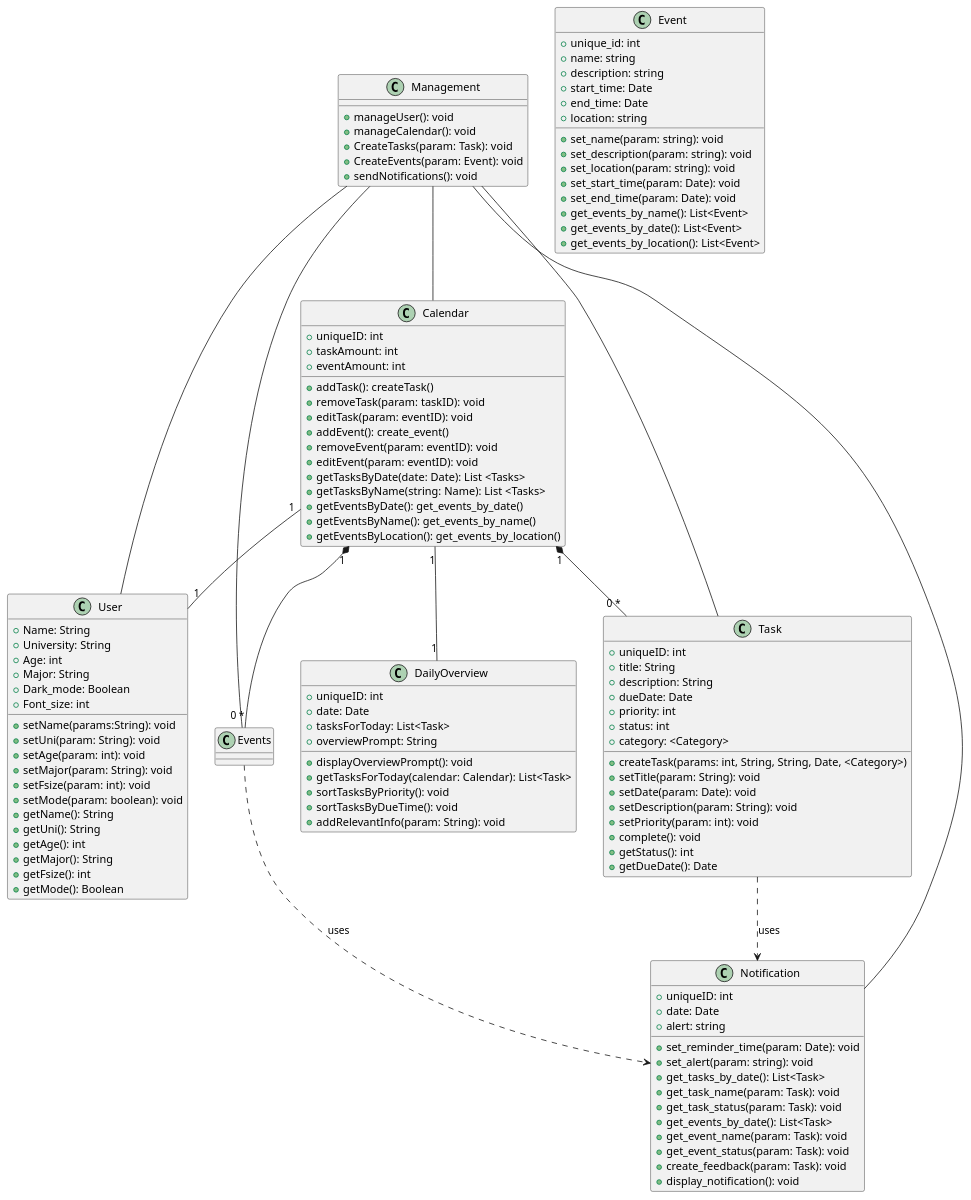
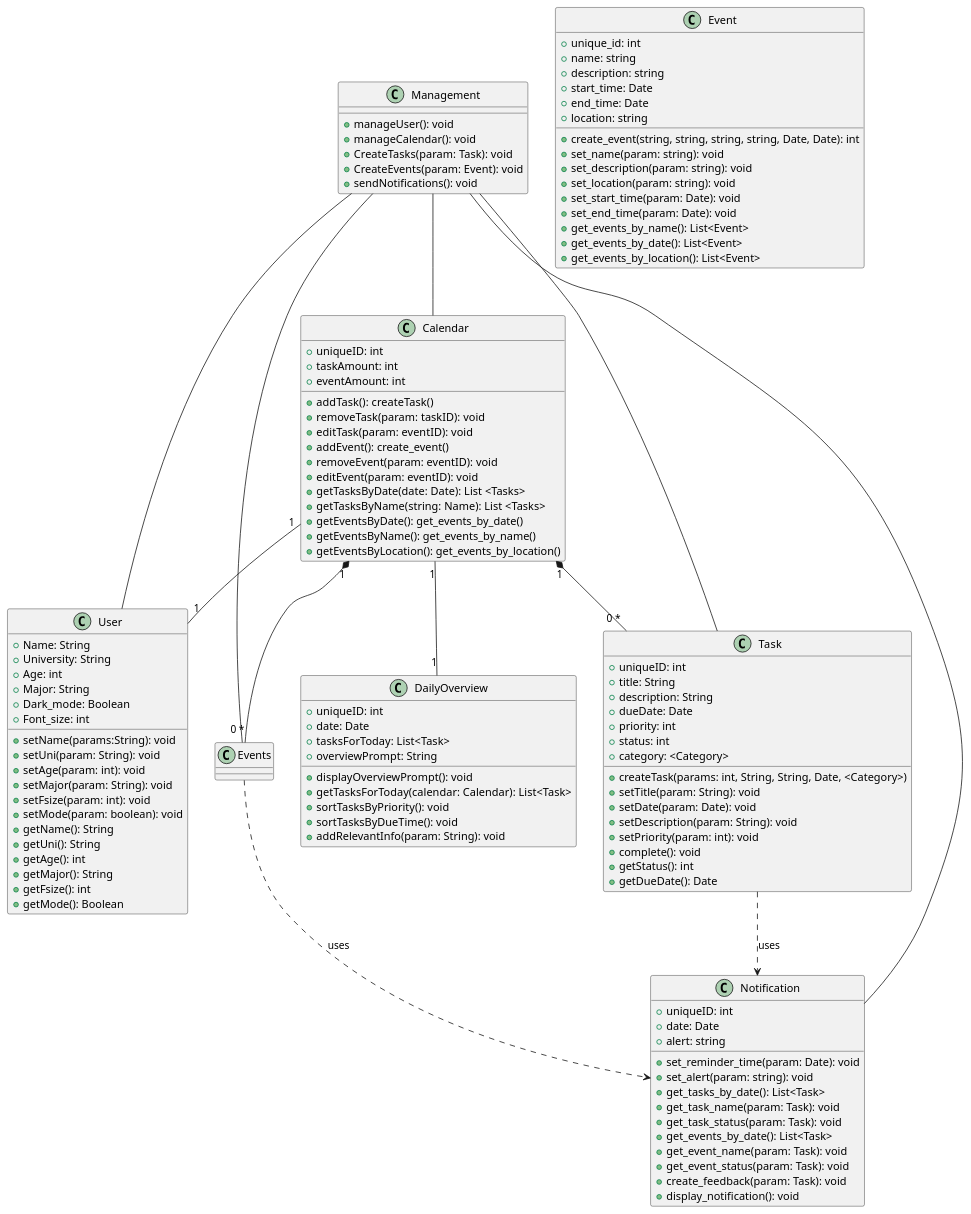
The diagram in assignment6/Diagram.puml (CS361-2024Fall-Term/Innovators), drawn with PlantUML before and after one commit.

```diff
--- a/assignment6/Diagram.puml
+++ b/assignment6/Diagram.puml
@@ -1,129 +1,130 @@
 @startuml
 
 class User {
   +Name: String
   +University: String
   +Age: int
   +Major: String
   +Dark_mode: Boolean
   +Font_size: int
   +setName(params:String): void
   +setUni(param: String): void
   +setAge(param: int): void
   +setMajor(param: String): void
   +setFsize(param: int): void
   +setMode(param: boolean): void
   +getName(): String
   +getUni(): String
   +getAge(): int
   +getMajor(): String
   +getFsize(): int
   +getMode(): Boolean
  
 }
 
 class Calendar {
   +uniqueID: int  
   +taskAmount: int
   +eventAmount: int
   +addTask(): createTask()
   +removeTask(param: taskID): void
   +editTask(param: eventID): void
   +addEvent(): create_event()
   +removeEvent(param: eventID): void
   +editEvent(param: eventID): void
   +getTasksByDate(date: Date): List <Tasks>
   +getTasksByName(string: Name): List <Tasks>
   +getEventsByDate(): get_events_by_date()
   +getEventsByName(): get_events_by_name()
   +getEventsByLocation(): get_events_by_location()
 }
 
 class Task {
   +uniqueID: int
   +title: String
   +description: String
   +dueDate: Date
   +priority: int
   +status: int
   +category: <Category>
   +createTask(params: int, String, String, Date, <Category>)
   +setTitle(param: String): void
   +setDate(param: Date): void
   +setDescription(param: String): void
   +setPriority(param: int): void
   +complete(): void
   +getStatus(): int
   +getDueDate(): Date
 }
 
 class Notification {
   +uniqueID: int  
   +date: Date
   +alert: string
   
   +set_reminder_time(param: Date): void
   +set_alert(param: string): void
   +get_tasks_by_date(): List<Task>
   +get_task_name(param: Task): void
   +get_task_status(param: Task): void
   +get_events_by_date(): List<Task>
   +get_event_name(param: Task): void
   +get_event_status(param: Task): void
   +create_feedback(param: Task): void
   +display_notification(): void
 }
 
 class Event {
   +unique_id: int  
   +name: string
   +description: string
   +start_time: Date
   +end_time: Date
   +location: string
+  +create_event(string, string, string, string, Date, Date): int
   +set_name(param: string): void
   +set_description(param: string): void
   +set_location(param: string): void
   +set_start_time(param: Date): void
   +set_end_time(param: Date): void
   +get_events_by_name(): List<Event>
   +get_events_by_date(): List<Event>
   +get_events_by_location(): List<Event>
 }
 
 class DailyOverview {
     +uniqueID: int
     +date: Date
     +tasksForToday: List<Task>
     +overviewPrompt: String
 
     +displayOverviewPrompt(): void
     +getTasksForToday(calendar: Calendar): List<Task>
     +sortTasksByPriority(): void
     +sortTasksByDueTime(): void
     +addRelevantInfo(param: String): void
 }
 
 class Management {
   +manageUser(): void
   +manageCalendar(): void
   +CreateTasks(param: Task): void
   +CreateEvents(param: Event): void
   +sendNotifications(): void
 }
 
 Management -- User
 Management -- Calendar
 Management -- Task
 Management -- Events
 Management -- Notification
 
 Calendar "1" -- "1" User
 Calendar "1" *-- "0 *" Task
 Calendar "1" *-- "0 *" Events
 Task ..> Notification: uses
 Events ..> Notification: uses
 Calendar "1" -- "1" DailyOverview
 
 
 @enduml
```
